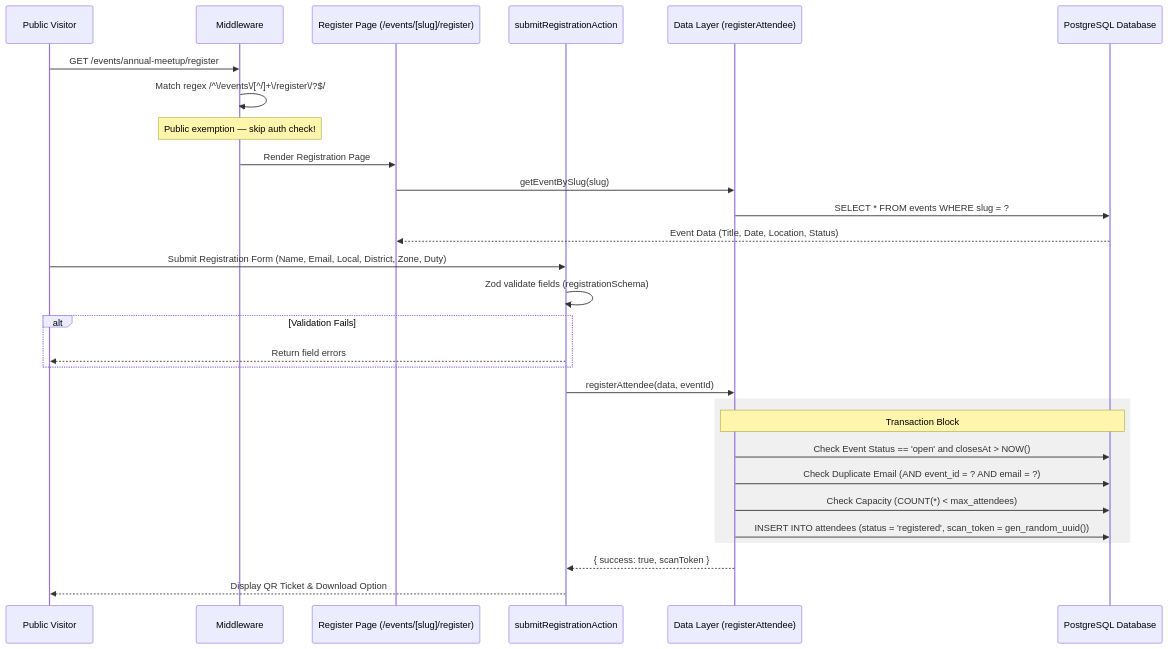
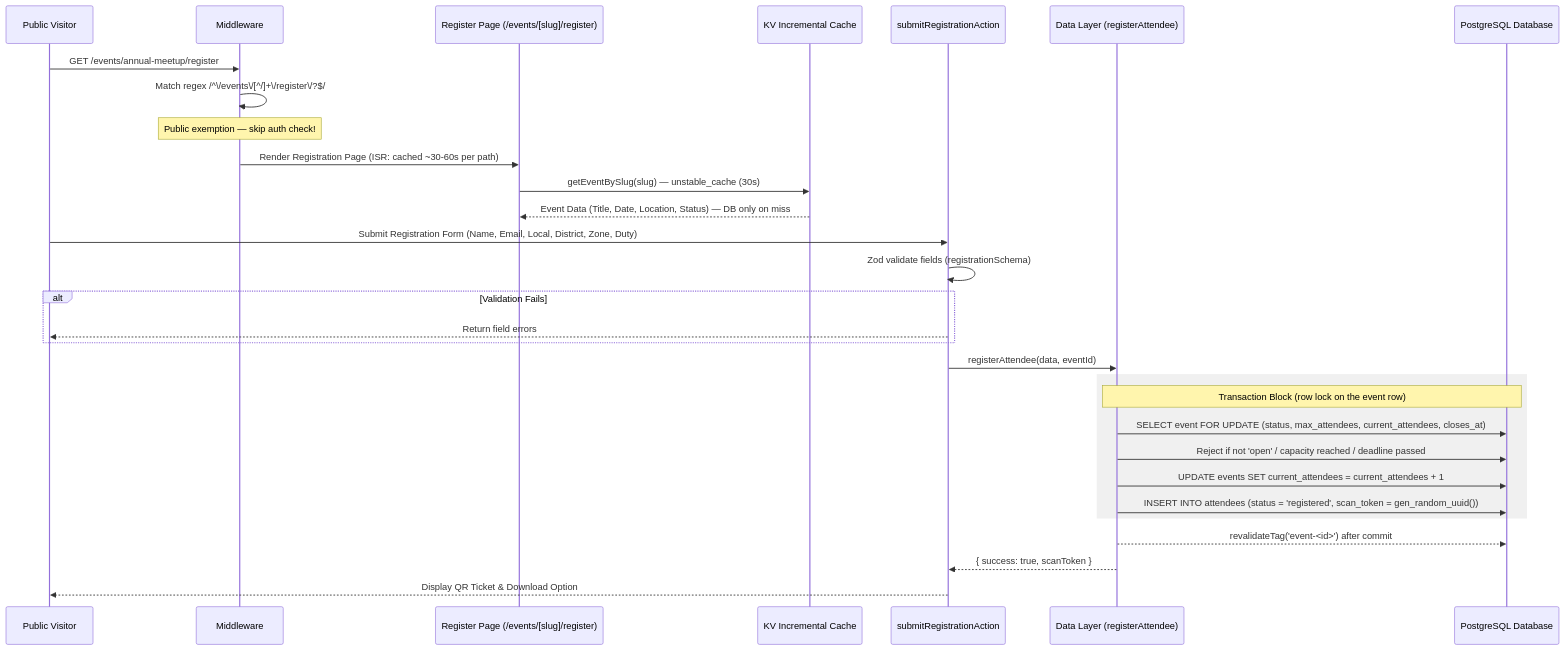
One commit to christian1202/FlowCheck changed the first of 2 diagrams in docs/data-flows.md. Above: the diagram before and after it, drawn with Mermaid. The commit also changed other lines of this file and 38 other files, not shown here.

First line of the commit message:
feat: implement prefetching for event-related links and improve data caching

````diff
--- a/docs/data-flows.md
+++ b/docs/data-flows.md
@@ -11,37 +11,38 @@
 ```mermaid
 sequenceDiagram
     participant PublicUser as Public Visitor
     participant MW as Middleware
     participant Page as Register Page (/events/[slug]/register)
+    participant Cache as KV Incremental Cache
     participant Action as submitRegistrationAction
     participant Data as Data Layer (registerAttendee)
     participant DB as PostgreSQL Database
 
     PublicUser->>MW: GET /events/annual-meetup/register
     MW->>MW: Match regex /^\/events\/[^/]+\/register\/?$/
     Note over MW: Public exemption — skip auth check!
-    MW->>Page: Render Registration Page
-    Page->>Data: getEventBySlug(slug)
-    Data->>DB: SELECT * FROM events WHERE slug = ?
-    DB-->>Page: Event Data (Title, Date, Location, Status)
+    MW->>Page: Render Registration Page (ISR: cached ~30-60s per path)
+    Page->>Cache: getEventBySlug(slug) — unstable_cache (30s)
+    Cache-->>Page: Event Data (Title, Date, Location, Status) — DB only on miss
 
     PublicUser->>Action: Submit Registration Form (Name, Email, Local, District, Zone, Duty)
     Action->>Action: Zod validate fields (registrationSchema)
 
     alt Validation Fails
         Action-->>PublicUser: Return field errors
     end
 
     Action->>Data: registerAttendee(data, eventId)
-    
+
     rect rgb(240, 240, 240)
-        Note over Data,DB: Transaction Block
-        Data->>DB: Check Event Status == 'open' and closesAt > NOW()
-        Data->>DB: Check Duplicate Email (AND event_id = ? AND email = ?)
-        Data->>DB: Check Capacity (COUNT(*) < max_attendees)
+        Note over Data,DB: Transaction Block (row lock on the event row)
+        Data->>DB: SELECT event FOR UPDATE (status, max_attendees, current_attendees, closes_at)
+        Data->>DB: Reject if not 'open' / capacity reached / deadline passed
+        Data->>DB: UPDATE events SET current_attendees = current_attendees + 1
         Data->>DB: INSERT INTO attendees (status = 'registered', scan_token = gen_random_uuid())
     end
 
+    Data-->>DB: revalidateTag('event-<id>') after commit
     Data-->>Action: { success: true, scanToken }
     Action-->>PublicUser: Display QR Ticket & Download Option
 ```
````
